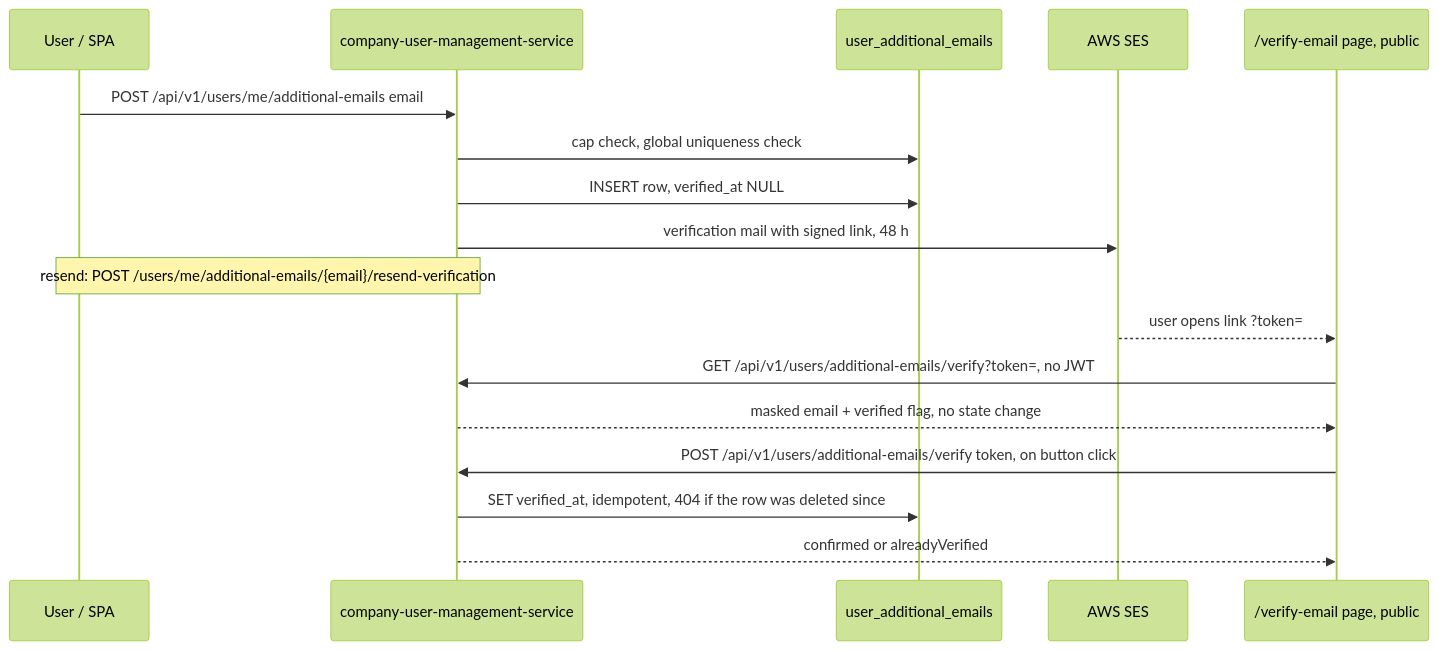
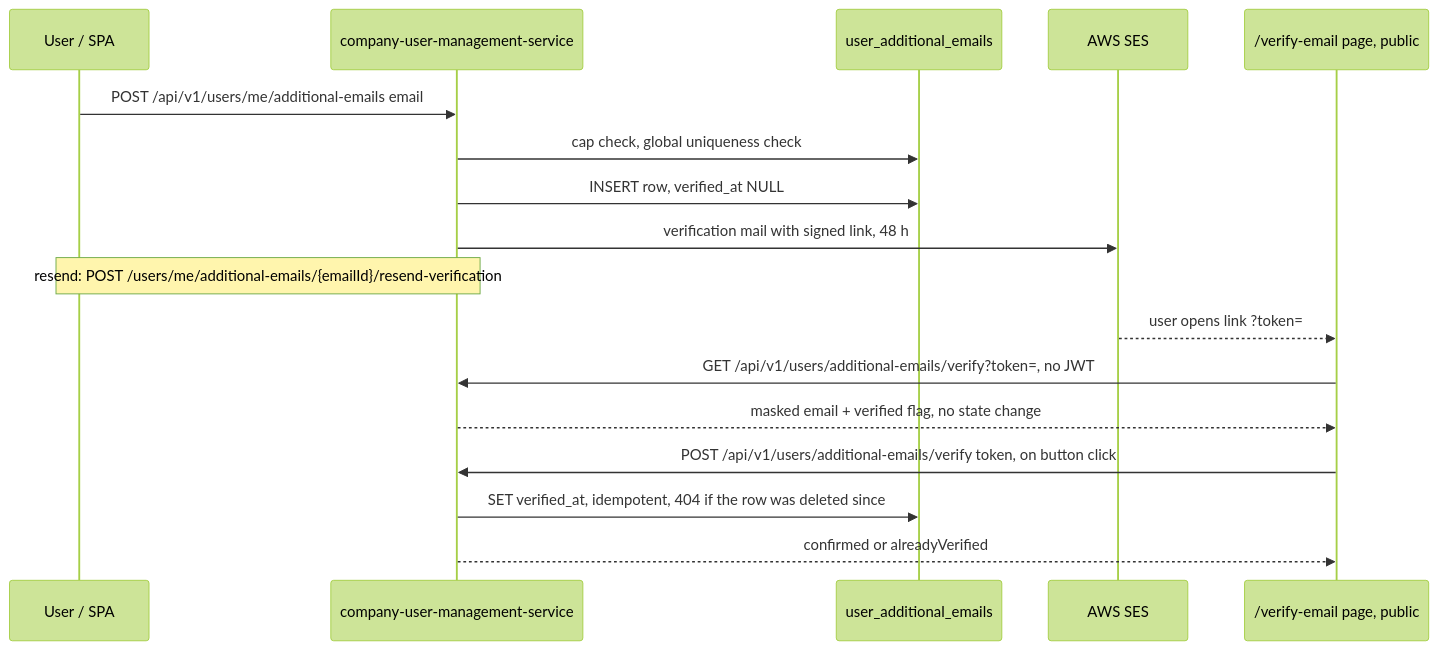
Before and after one commit to nissimbuchs/BATbern2: the sixth of 7 diagrams in docs/architecture/06b-user-lifecycle-sync.md, drawn with Mermaid (forest theme). The commit also changed other lines of this file and 554 other files, not shown here.

````diff
--- a/docs/architecture/06b-user-lifecycle-sync.md
+++ b/docs/architecture/06b-user-lifecycle-sync.md
@@ -1038,20 +1044,20 @@
 ```mermaid
 sequenceDiagram
     participant U as User / SPA
     participant CUMS as company-user-management-service
     participant DB as user_additional_emails
     participant SES as AWS SES
     participant P as /verify-email page, public
 
     U->>CUMS: POST /api/v1/users/me/additional-emails email
     CUMS->>DB: cap check, global uniqueness check
     CUMS->>DB: INSERT row, verified_at NULL
     CUMS->>SES: verification mail with signed link, 48 h
-    Note over U,CUMS: resend: POST /users/me/additional-emails/{email}/resend-verification
+    Note over U,CUMS: resend: POST /users/me/additional-emails/{emailId}/resend-verification
     SES-->>P: user opens link ?token=
     P->>CUMS: GET /api/v1/users/additional-emails/verify?token=, no JWT
     CUMS-->>P: masked email + verified flag, no state change
     P->>CUMS: POST /api/v1/users/additional-emails/verify token, on button click
     CUMS->>DB: SET verified_at, idempotent, 404 if the row was deleted since
     CUMS-->>P: confirmed or alreadyVerified
 ```
````
